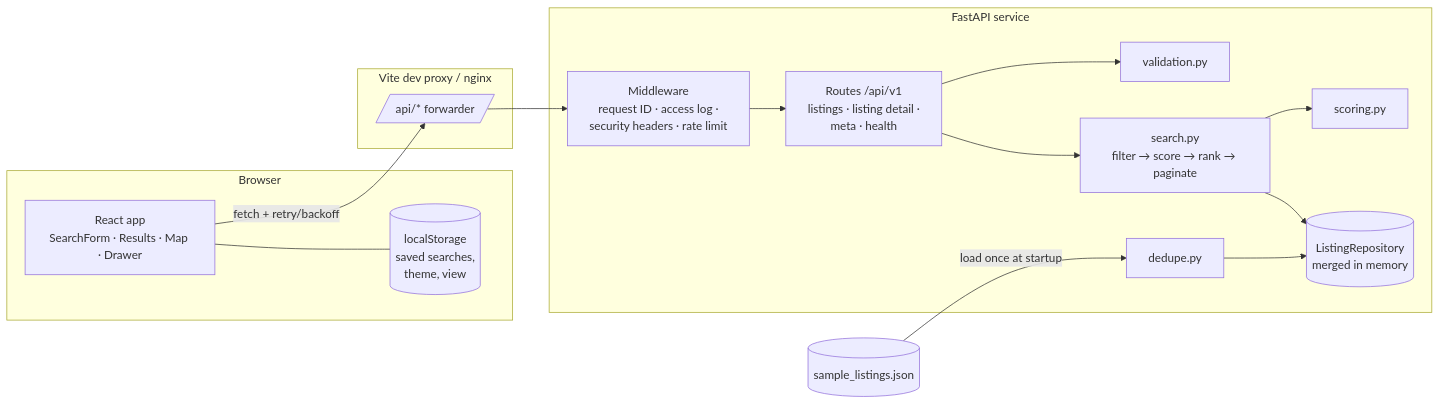
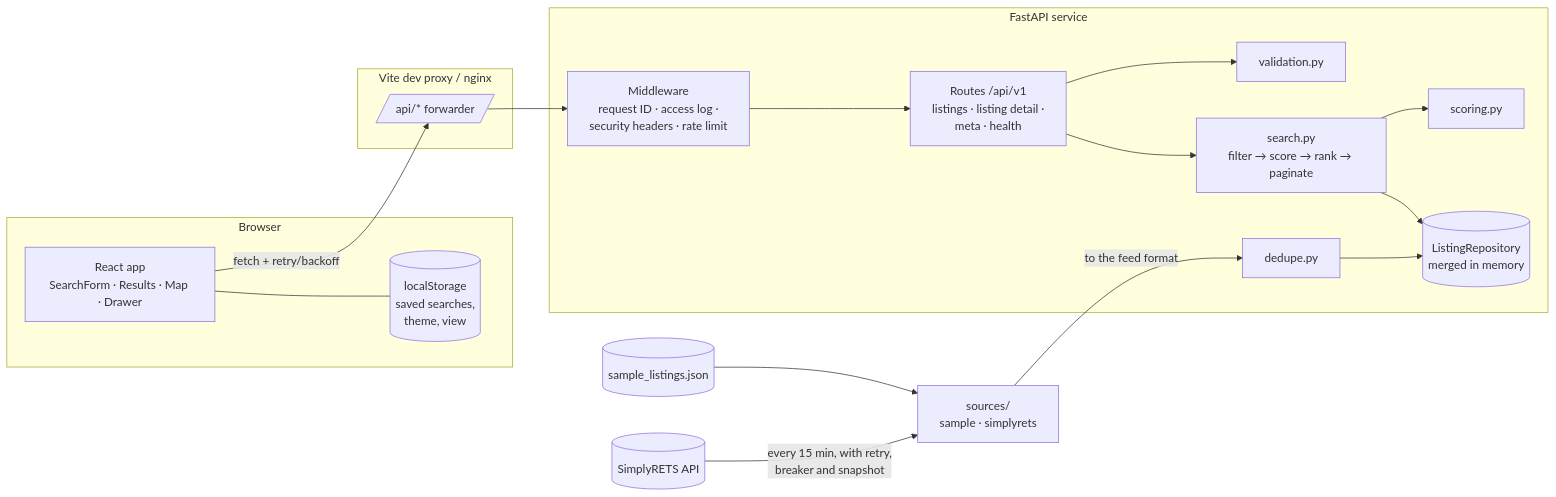
Before and after one commit to Proschansky/listing-search: the diagram in docs/engineering.md, drawn with Mermaid. The commit also changed other lines of this file and 38 other files, not shown here.

First line of the commit message:
Add SimplyRETS as a live listing source

````diff
--- a/docs/engineering.md
+++ b/docs/engineering.md
@@ -39,27 +39,31 @@
 ```mermaid
 flowchart LR
   subgraph Browser
     UI[React app<br/>SearchForm · Results · Map · Drawer]
     LS[(localStorage<br/>saved searches,<br/>theme, view)]
     UI --- LS
   end
   subgraph Edge["Vite dev proxy / nginx"]
     P[/api/* forwarder/]
   end
   subgraph API["FastAPI service"]
     MW[Middleware<br/>request ID · access log ·<br/>security headers · rate limit]
     R[Routes /api/v1<br/>listings · listing detail ·<br/>meta · health]
     V[validation.py]
     S[search.py<br/>filter → score → rank → paginate]
     SC[scoring.py]
     REPO[(ListingRepository<br/>merged in memory)]
     D[dedupe.py]
   end
   FEED[(sample_listings.json)]
+  SR[(SimplyRETS API)]
 
   UI -- "fetch + retry/backoff" --> P --> MW --> R
   R --> V
   R --> S --> SC
   S --> REPO
-  FEED -- "load once at startup" --> D --> REPO
+  SRC[sources/<br/>sample · simplyrets]
+  FEED --> SRC
+  SR -- "every 15 min, with retry,<br/>breaker and snapshot" --> SRC
+  SRC -- "to the feed format" --> D --> REPO
 ```
````
